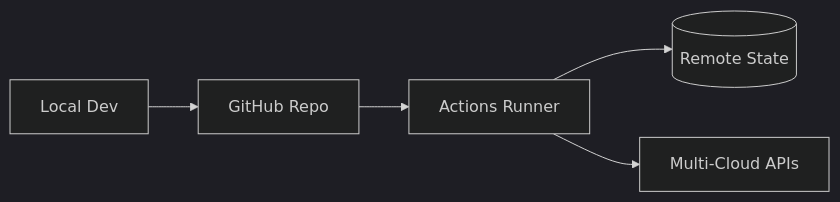
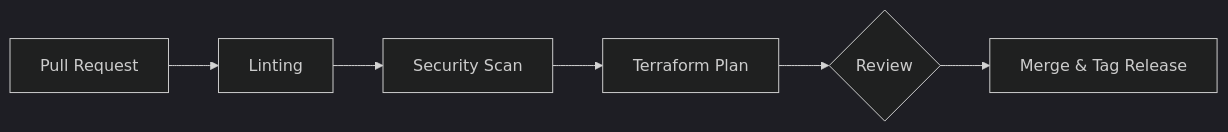
Before and after one commit to Devopstrio/terraform-modules: the sixth of 10 diagrams in README.md, drawn with Mermaid (dark theme). The commit also changed other lines of this file, not shown here.

Commit message:
docs: implement 10+ professional architecture diagrams for atomic iac modules

````diff
--- a/README.md
+++ b/README.md
@@ -106,7 +183,8 @@
 ```mermaid
 graph LR
-    Local[Local Dev] --> Git[GitHub Repo]
-    Git --> Actions[Actions Runner]
-    Actions --> State[(Remote State)]
-    Actions --> Cloud[Multi-Cloud APIs]
+    PR[Pull Request] --> Lint[Linting]
+    Lint --> Scan[Security Scan]
+    Scan --> Plan[Terraform Plan]
+    Plan --> Approval{Review}
+    Approval --> Merge[Merge & Tag Release]
 ```
````
